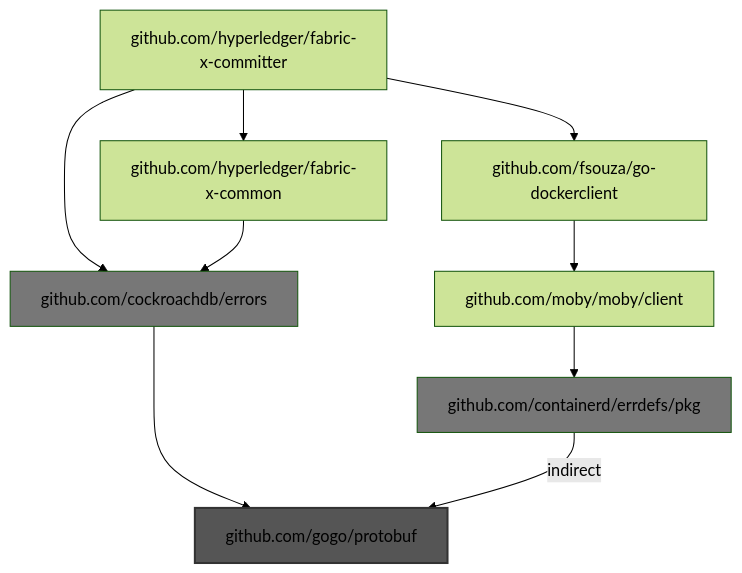
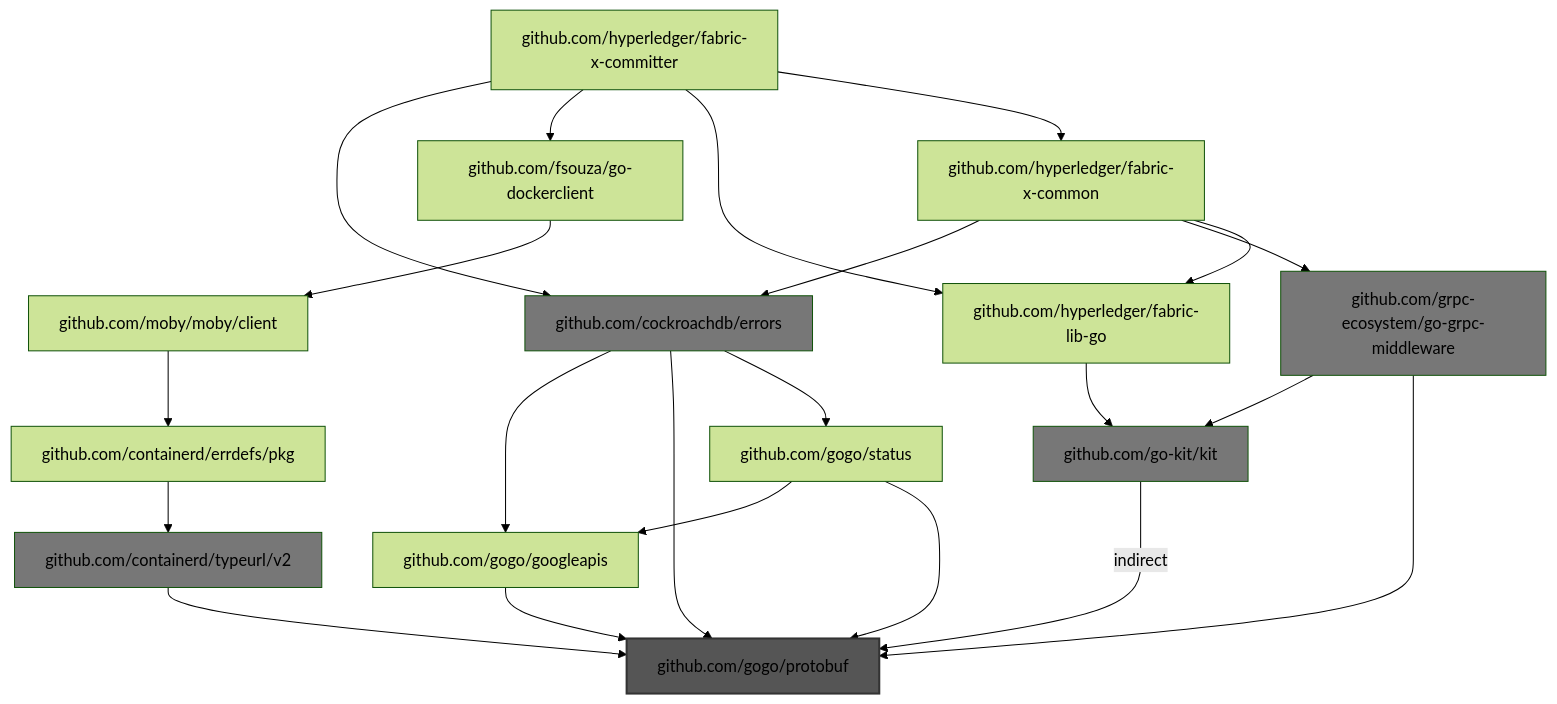
Before and after one commit to liran-funaro/fabric-x-committer: the seventh of 18 diagrams in bad-imports-analysis.md, drawn with Mermaid (forest theme). The commit also changed other lines of this file and 2 other files, not shown here.

````diff
--- a/bad-imports-analysis.md
+++ b/bad-imports-analysis.md
@@ -634,14 +882,29 @@
 ```mermaid
 graph TD
+    github.com/cockroachdb/errors --> github.com/gogo/googleapis
     github.com/cockroachdb/errors --> github.com/gogo/protobuf
-    github.com/containerd/errdefs/pkg -->|indirect| github.com/gogo/protobuf
+    github.com/cockroachdb/errors --> github.com/gogo/status
+    github.com/containerd/errdefs/pkg --> github.com/containerd/typeurl/v2
+    github.com/containerd/typeurl/v2 --> github.com/gogo/protobuf
     github.com/fsouza/go-dockerclient --> github.com/moby/moby/client
+    github.com/go-kit/kit -->|indirect| github.com/gogo/protobuf
+    github.com/gogo/googleapis --> github.com/gogo/protobuf
+    github.com/gogo/status --> github.com/gogo/googleapis
+    github.com/gogo/status --> github.com/gogo/protobuf
+    github.com/grpc-ecosystem/go-grpc-middleware --> github.com/go-kit/kit
+    github.com/grpc-ecosystem/go-grpc-middleware --> github.com/gogo/protobuf
+    github.com/hyperledger/fabric-lib-go --> github.com/go-kit/kit
     github.com/hyperledger/fabric-x-committer --> github.com/cockroachdb/errors
     github.com/hyperledger/fabric-x-committer --> github.com/fsouza/go-dockerclient
+    github.com/hyperledger/fabric-x-committer --> github.com/hyperledger/fabric-lib-go
     github.com/hyperledger/fabric-x-committer --> github.com/hyperledger/fabric-x-common
     github.com/hyperledger/fabric-x-common --> github.com/cockroachdb/errors
+    github.com/hyperledger/fabric-x-common --> github.com/grpc-ecosystem/go-grpc-middleware
+    github.com/hyperledger/fabric-x-common --> github.com/hyperledger/fabric-lib-go
     github.com/moby/moby/client --> github.com/containerd/errdefs/pkg
     style github.com/gogo/protobuf fill:#555,stroke:#333,stroke-width:2px
     style github.com/cockroachdb/errors fill:#777
-    style github.com/containerd/errdefs/pkg fill:#777
+    style github.com/grpc-ecosystem/go-grpc-middleware fill:#777
+    style github.com/containerd/typeurl/v2 fill:#777
+    style github.com/go-kit/kit fill:#777
 ```
````
